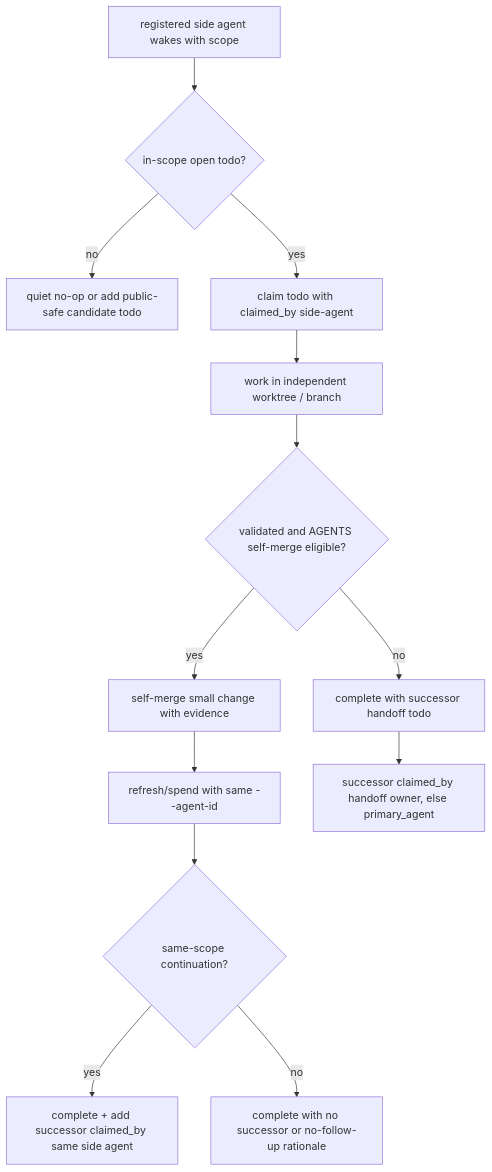
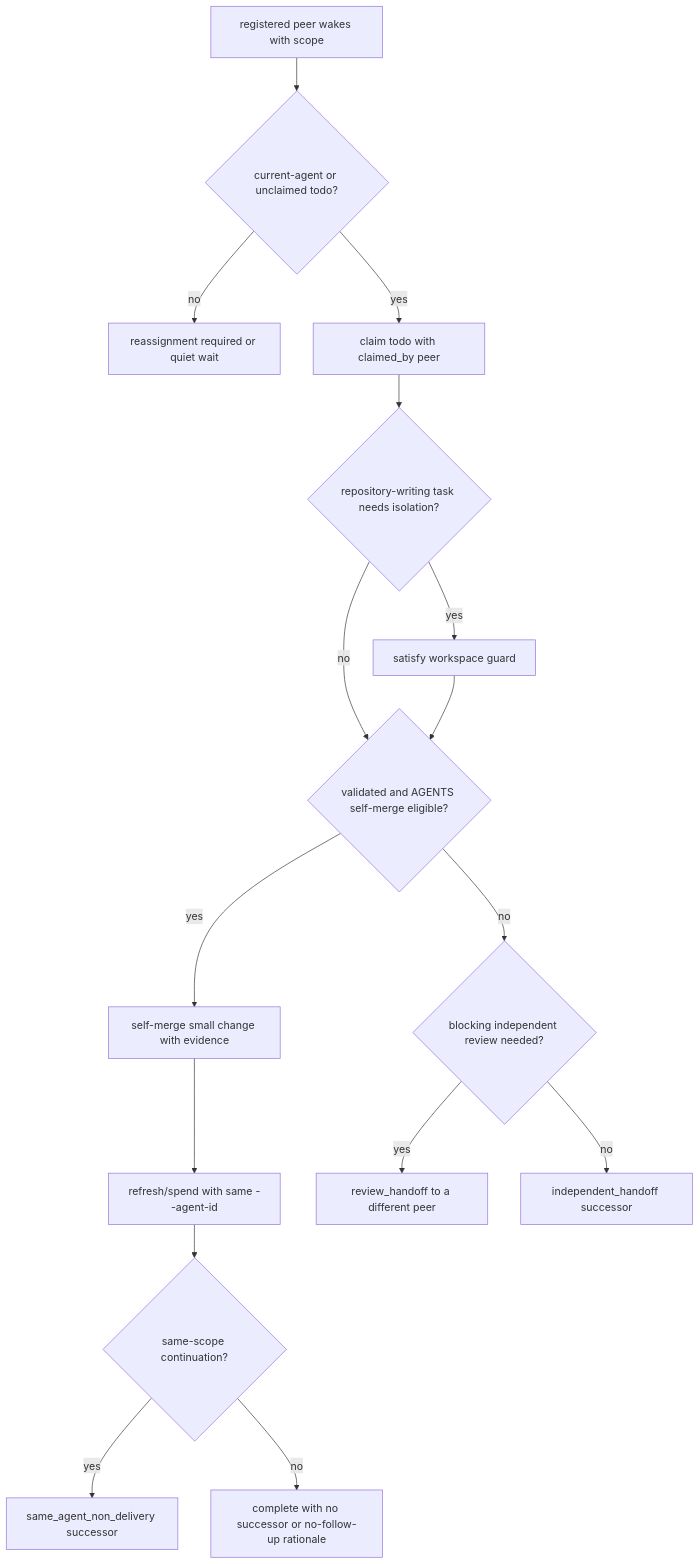
One commit to huangruiteng/goal-harness changed diagram 20 of 31 in docs/interaction-pattern-catalog.md. Above: the diagram before and after it, drawn with Mermaid. The commit also changed other lines of this file and 237 other files, not shown here.

First line of the commit message:
feat(control-plane): hard cut agent hierarchy to peer runtime (#1787)

````diff
--- a/docs/interaction-pattern-catalog.md
+++ b/docs/interaction-pattern-catalog.md
@@ -1485,15 +1479,18 @@
 ```mermaid
 flowchart TD
-  S["registered side agent wakes with scope"] --> T{"in-scope open todo?"}
-  T -->|"no"| Q["quiet no-op or add public-safe candidate todo"]
-  T -->|"yes"| C["claim todo with claimed_by side-agent"]
-  C --> W["work in independent worktree / branch"]
-  W --> V{"validated and AGENTS self-merge eligible?"}
+  S["registered peer wakes with scope"] --> T{"current-agent or unclaimed todo?"}
+  T -->|"no"| Q["reassignment required or quiet wait"]
+  T -->|"yes"| C["claim todo with claimed_by peer"]
+  C --> W{"repository-writing task needs isolation?"}
+  W -->|"yes"| B["satisfy workspace guard"]
+  W -->|"no"| V
+  B --> V{"validated and AGENTS self-merge eligible?"}
   V -->|"yes"| M["self-merge small change with evidence"]
   M --> I["refresh/spend with same --agent-id"]
   I --> K{"same-scope continuation?"}
-  K -->|"yes"| N["complete + add successor claimed_by same side agent"]
+  K -->|"yes"| N["same_agent_non_delivery successor"]
   K -->|"no"| X["complete with no successor or no-follow-up rationale"]
-  V -->|"no"| R["complete with successor handoff todo"]
-  R --> P["successor claimed_by handoff owner, else primary_agent"]
+  V -->|"no"| R{"blocking independent review needed?"}
+  R -->|"yes"| P["review_handoff to a different peer"]
+  R -->|"no"| H["independent_handoff successor"]
 ```
````
